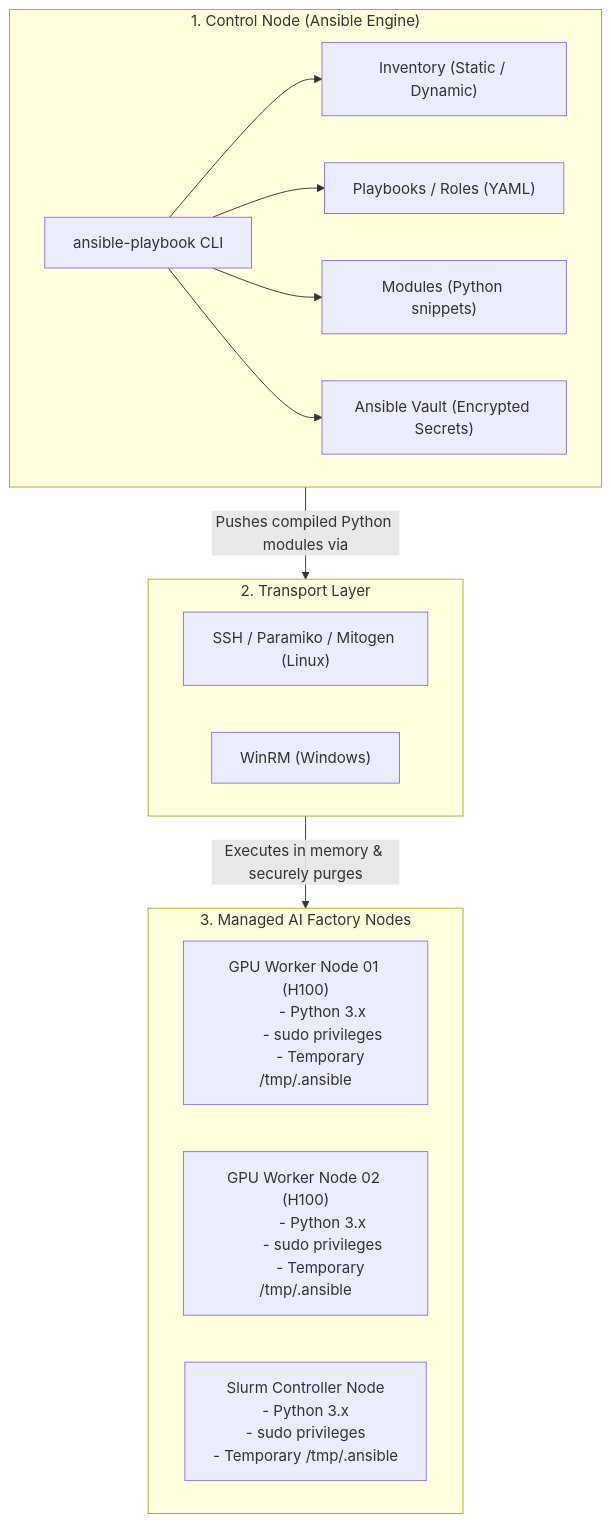
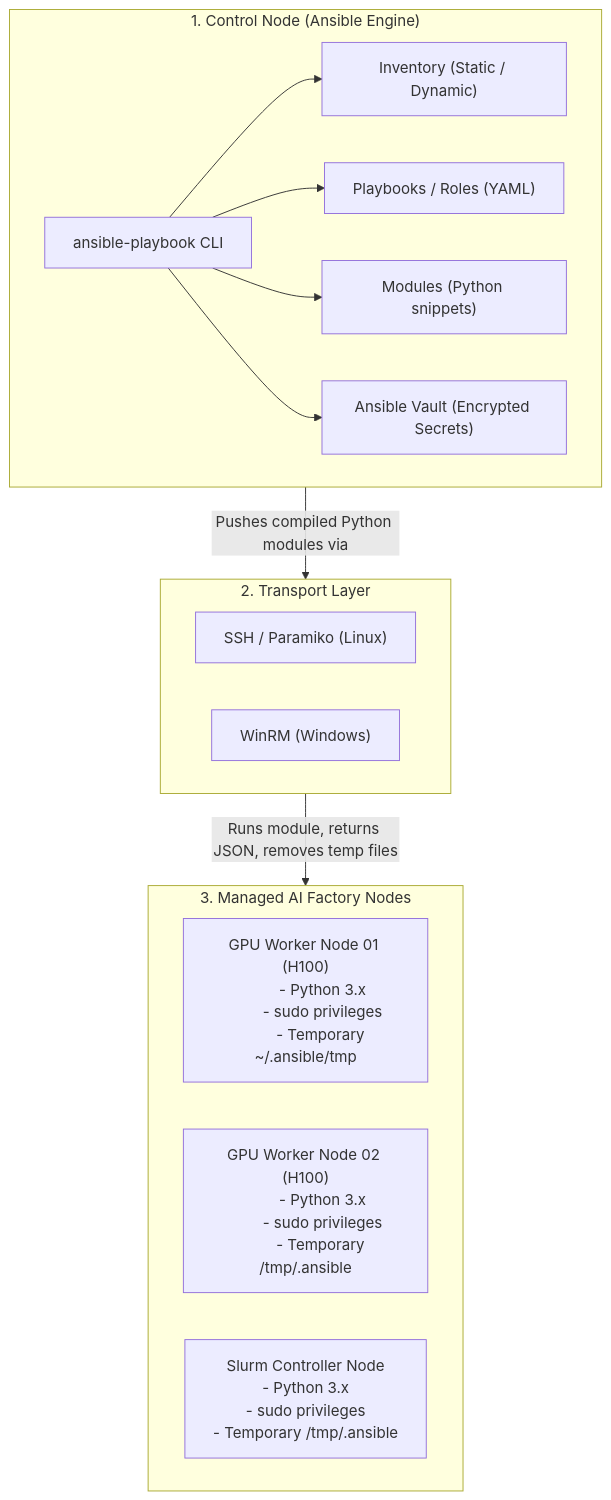
The diagram in docs/volume-10/04-ansible-for-infrastructure-automation.md (jithinpnjm/nvidia-devops), drawn with Mermaid before and after one commit. The commit also changed other lines of this file and 289 other files, not shown here.

````diff
--- a/docs/volume-10/04-ansible-for-infrastructure-automation.md
+++ b/docs/volume-10/04-ansible-for-infrastructure-automation.md
@@ -52,38 +52,38 @@
 ```mermaid
 flowchart TD
     subgraph ControlNode["1. Control Node (Ansible Engine)"]
         CLI["ansible-playbook CLI"]
         INV["Inventory (Static / Dynamic)"]
         PLAY["Playbooks / Roles (YAML)"]
         MOD["Modules (Python snippets)"]
         VAULT["Ansible Vault (Encrypted Secrets)"]
         
         CLI --> INV
         CLI --> PLAY
         CLI --> MOD
         CLI --> VAULT
     end
 
     subgraph TransportLayer["2. Transport Layer"]
-        SSH["SSH / Paramiko / Mitogen (Linux)"]
+        SSH["SSH / Paramiko (Linux)"]
         WINRM["WinRM (Windows)"]
     end
 
     subgraph ManagedNodes["3. Managed AI Factory Nodes"]
         GPU1["GPU Worker Node 01 (H100)
         - Python 3.x
         - sudo privileges
-        - Temporary /tmp/.ansible"]
+        - Temporary ~/.ansible/tmp"]
         GPU2["GPU Worker Node 02 (H100)
         - Python 3.x
         - sudo privileges
         - Temporary /tmp/.ansible"]
         SLURM["Slurm Controller Node
         - Python 3.x
         - sudo privileges
         - Temporary /tmp/.ansible"]
     end
 
     ControlNode -->|Pushes compiled Python modules via| TransportLayer
-    TransportLayer -->|Executes in memory & securely purges| ManagedNodes
+    TransportLayer -->|Runs module, returns JSON, removes temp files| ManagedNodes
 ```
````
